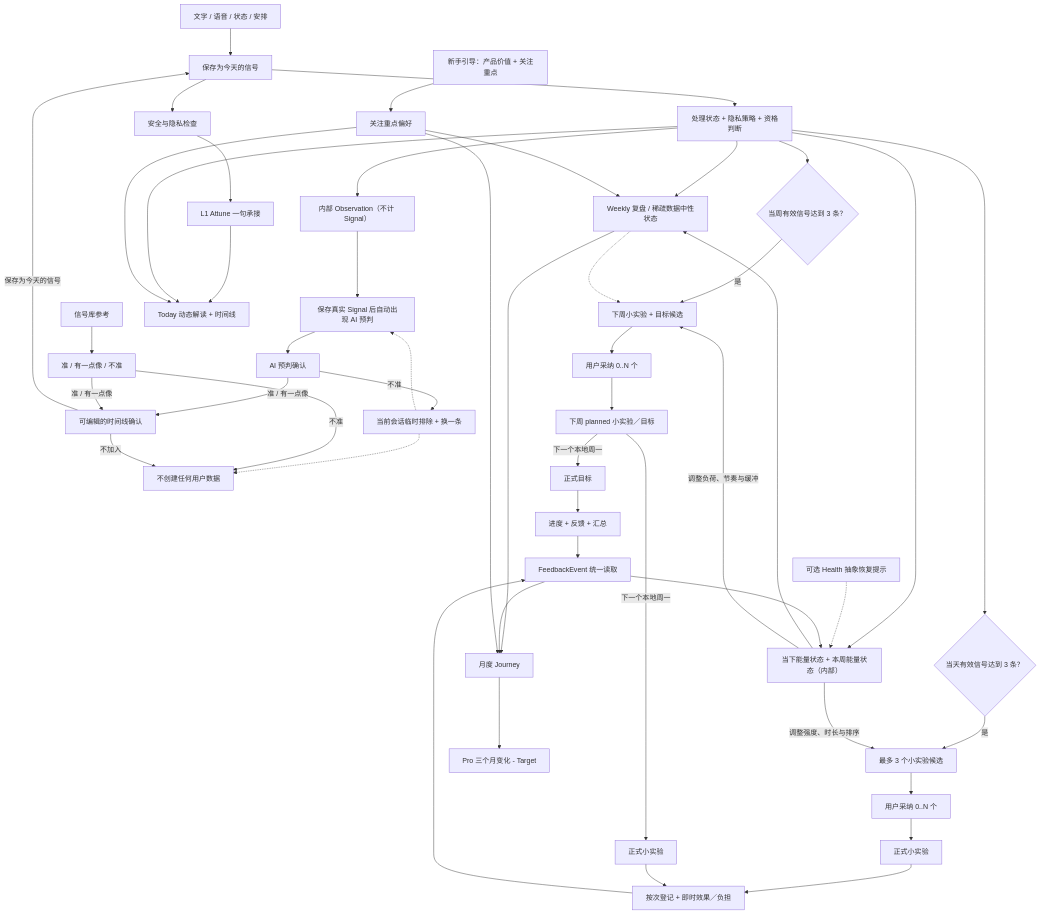
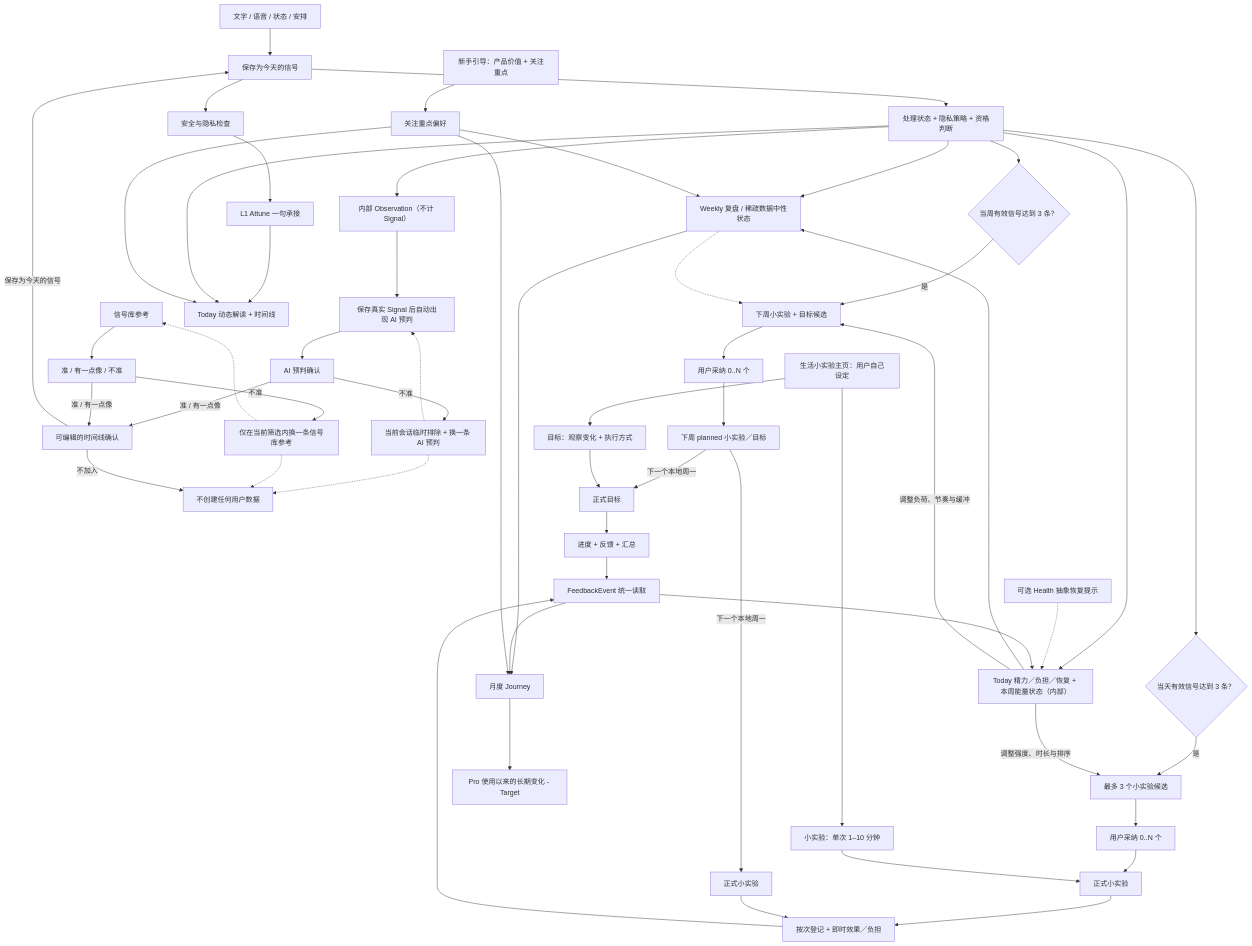
One commit to itsukikuchiki/ai_opportunity_radar changed the diagram in docs/active/app_design.md. Above: the diagram before and after it, drawn with Mermaid. The commit also changed other lines of this file and 200 other files, not shown here.

````diff
--- a/docs/active/app_design.md
+++ b/docs/active/app_design.md
@@ -100,51 +111,57 @@
 ```mermaid
 flowchart TD
   ONB["新手引导：产品价值 + 关注重点"] --> PREF["关注重点偏好"]
   DIRECT["文字 / 语音 / 状态 / 安排"] --> SAVE["保存为今天的信号"]
   LIB["信号库参考"] --> LIBDECIDE["准 / 有一点像 / 不准"]
   POLICY --> OBS["内部 Observation（不计 Signal）"]
   OBS --> AIP["保存真实 Signal 后自动出现 AI 预判"]
   AIP --> DECIDE["AI 预判确认"]
   DECIDE -->|"准 / 有一点像"| EDIT["可编辑的时间线确认"]
-  DECIDE -->|"不准"| REPLACE["当前会话临时排除 + 换一条"]
-  REPLACE -.-> AIP
-  REPLACE -.-> PRIVATE["不创建任何用户数据"]
+  DECIDE -->|"不准"| AIREPLACE["当前会话临时排除 + 换一条 AI 预判"]
+  AIREPLACE -.-> AIP
+  AIREPLACE -.-> PRIVATE["不创建任何用户数据"]
   LIBDECIDE -->|"准 / 有一点像"| EDIT
-  LIBDECIDE -->|"不准"| PRIVATE
+  LIBDECIDE -->|"不准"| LIBREPLACE["仅在当前筛选内换一条信号库参考"]
+  LIBREPLACE -.-> LIB
+  LIBREPLACE -.-> PRIVATE
   EDIT -->|"保存为今天的信号"| SAVE
   EDIT -->|"不加入"| PRIVATE
   SAVE --> POLICY["处理状态 + 隐私策略 + 资格判断"]
   SAVE --> SAFE["安全与隐私检查"]
   SAFE --> ATTUNE["L1 Attune 一句承接"]
   ATTUNE --> TODAY
-  POLICY --> ENERGY["当下能量状态 + 本周能量状态（内部）"]
+  POLICY --> ENERGY["Today 精力／负担／恢复 + 本周能量状态（内部）"]
   EXT["可选 Health 抽象恢复提示"] -.-> ENERGY
   POLICY --> TODAY["Today 动态解读 + 时间线"]
   POLICY --> DGATE{"当天有效信号达到 3 条？"}
   DGATE -->|"是"| MAC["最多 3 个小实验候选"]
   ENERGY -->|"调整强度、时长与排序"| MAC
   MAC --> MADOPT["用户采纳 0..N 个"]
   MADOPT --> MA["正式小实验"]
+  SELF["生活小实验主页：用户自己设定"] --> SELFMA["小实验：单次 1–10 分钟"]
+  SELF --> SELFGOAL["目标：观察变化 + 执行方式"]
+  SELFMA --> MA
   MA --> MAP["按次登记 + 即时效果／负担"]
   POLICY --> WEEKLY["Weekly 复盘 / 稀疏数据中性状态"]
   ENERGY --> WEEKLY
   POLICY --> WGATE{"当周有效信号达到 3 条？"}
   WGATE -->|"是"| NWC["下周小实验 + 目标候选"]
   ENERGY -->|"调整负荷、节奏与缓冲"| NWC
   WEEKLY -.-> NWC
   NWC --> EADOPT["用户采纳 0..N 个"]
   EADOPT --> PLAN["下周 planned 小实验／目标"]
   PLAN -->|"下一个本地周一"| LE["正式目标"]
   PLAN -->|"下一个本地周一"| MAW["正式小实验"]
+  SELFGOAL --> LE
   MAW --> MAP
   LE --> LEP["进度 + 反馈 + 汇总"]
   MAP --> FB["FeedbackEvent 统一读取"]
   LEP --> FB
   FB --> ENERGY
   WEEKLY --> JOURNEY["月度 Journey"]
   FB --> JOURNEY
-  JOURNEY --> PRO["Pro 三个月变化 - Target"]
+  JOURNEY --> PRO["Pro 使用以来的长期变化 - Target"]
   PREF --> TODAY
   PREF --> WEEKLY
   PREF --> JOURNEY
 ```
````
